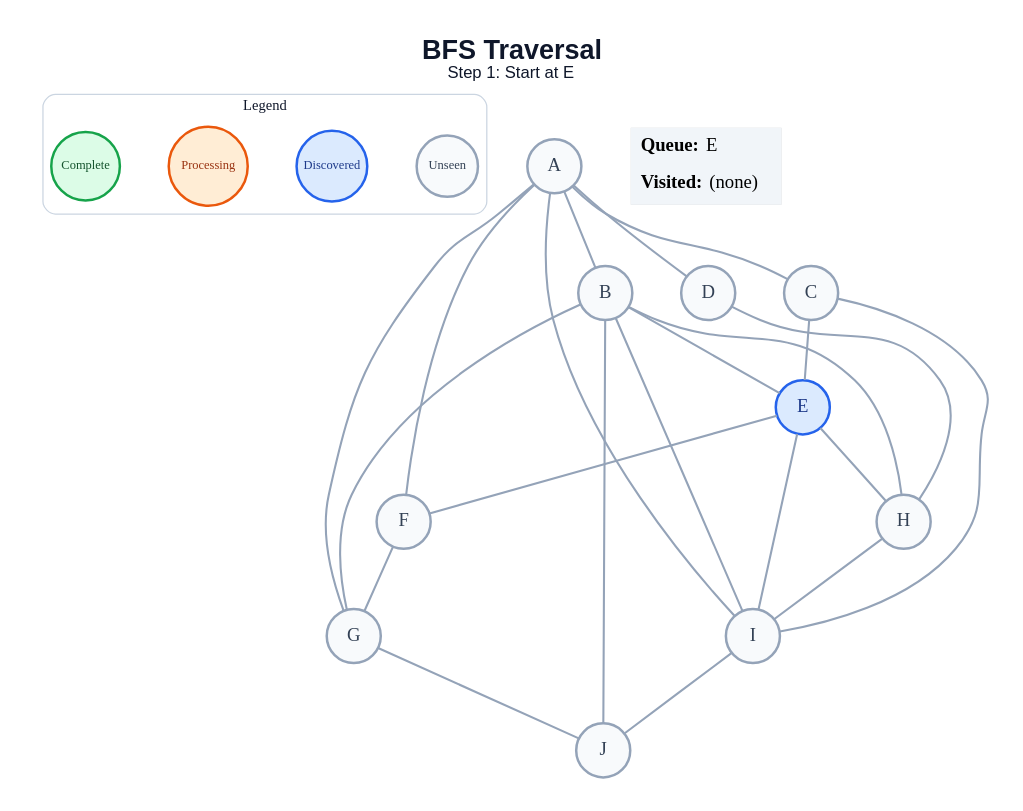
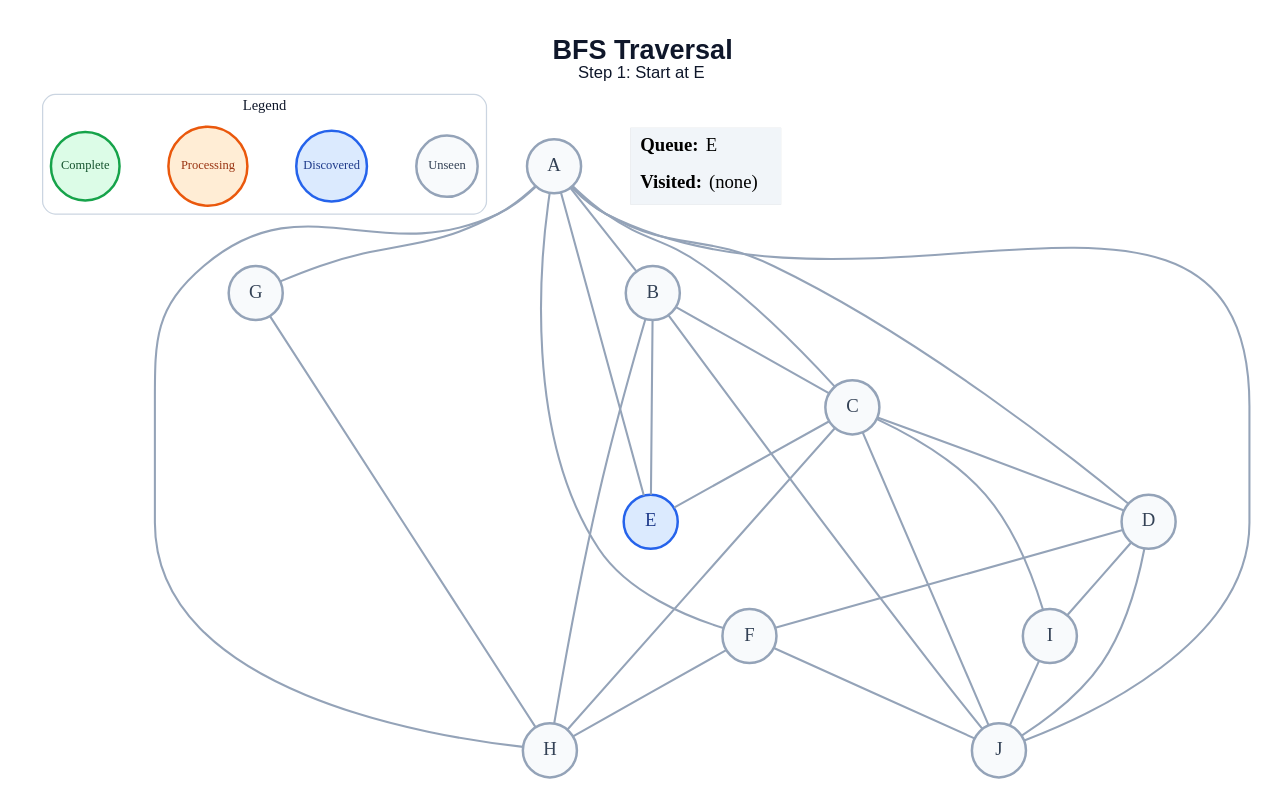
Before and after one commit to amanghodawala9/ai-slop: the diagram in generated/specific-node/bfs/step_01.dot, drawn with Graphviz. The commit also changed 178 other files, not shown here.

```diff
--- a/generated/specific-node/bfs/step_01.dot
+++ b/generated/specific-node/bfs/step_01.dot
@@ -1,50 +1,53 @@
 graph traversal {
   graph [layout=dot, rankdir=TB, bgcolor="#FFFFFF", pad="0.35", nodesep="0.65", ranksep="0.8", fontname="Arial"];
   node [shape=circle, style="filled", fontname="Arial Bold", fontsize=18, width=0.72, fixedsize=true, penwidth=2.4];
   edge [color="#94A3B8", penwidth=2.0];
   label=<<B>BFS Traversal</B><BR/><FONT POINT-SIZE="16">Step 1: Start at E</FONT>>; labelloc="t"; fontsize=26; fontname="Arial"; fontcolor="#0F172A";
   subgraph cluster_legend { label="Legend"; color="#CBD5E1"; penwidth=1.2; style="rounded"; fontsize=14; fontname="Arial Bold";
     key_unseen [label="Unseen", fillcolor="#F8FAFC", color="#94A3B8", fontcolor="#334155", fontsize=12, width=0.82];
     key_frontier [label="Discovered", fillcolor="#DBEAFE", color="#2563EB", fontcolor="#1E3A8A", fontsize=12, width=0.95];
     key_current [label="Processing", fillcolor="#FFEDD5", color="#EA580C", fontcolor="#9A3412", fontsize=12, width=1.05];
     key_done [label="Complete", fillcolor="#DCFCE7", color="#16A34A", fontcolor="#14532D", fontsize=12, width=0.92];
     { rank=same; key_unseen; key_frontier; key_current; key_done; }
   }
   A [fillcolor="#F8FAFC", color="#94A3B8", fontcolor="#334155"];
   B [fillcolor="#F8FAFC", color="#94A3B8", fontcolor="#334155"];
   C [fillcolor="#F8FAFC", color="#94A3B8", fontcolor="#334155"];
   D [fillcolor="#F8FAFC", color="#94A3B8", fontcolor="#334155"];
   E [fillcolor="#DBEAFE", color="#2563EB", fontcolor="#1E3A8A"];
   F [fillcolor="#F8FAFC", color="#94A3B8", fontcolor="#334155"];
   G [fillcolor="#F8FAFC", color="#94A3B8", fontcolor="#334155"];
   H [fillcolor="#F8FAFC", color="#94A3B8", fontcolor="#334155"];
   I [fillcolor="#F8FAFC", color="#94A3B8", fontcolor="#334155"];
   J [fillcolor="#F8FAFC", color="#94A3B8", fontcolor="#334155"];
   A -- B;
   A -- C;
   A -- D;
+  A -- E;
   A -- F;
   A -- G;
-  A -- I;
+  A -- H;
+  A -- J;
+  B -- C;
   B -- E;
-  B -- G;
   B -- H;
-  B -- I;
   B -- J;
+  C -- D;
   C -- E;
+  C -- H;
   C -- I;
-  D -- H;
-  E -- F;
-  E -- H;
-  E -- I;
-  F -- G;
-  G -- J;
-  H -- I;
+  C -- J;
+  D -- F;
+  D -- I;
+  D -- J;
+  F -- H;
+  F -- J;
+  G -- H;
   I -- J;
   status [shape=plain, fixedsize=false, width=0, height=0, margin=0, label=<
     <TABLE BORDER="0" CELLBORDER="0" CELLPADDING="7" BGCOLOR="#F1F5F9">
       <TR><TD ALIGN="LEFT"><B>Queue:</B> E</TD></TR>
       <TR><TD ALIGN="LEFT"><B>Visited:</B> (none)</TD></TR>
     </TABLE>
   >];
 }
```
